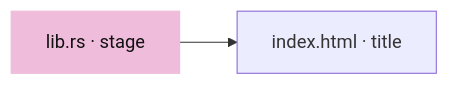
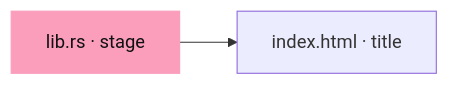
Before and after one commit to petrasvestartas/session: the fifth of 5 diagrams in session_viewer/docs/08-trimming.md, drawn with Mermaid. The commit also changed other lines of this file and 328 other files, not shown here.

First line of the commit message:
Course: the palette you sent, and mermaid drawn like the drawings

````diff
--- a/session_viewer/docs/08-trimming.md
+++ b/session_viewer/docs/08-trimming.md
@@ -91,5 +91,5 @@
 ```mermaid
 flowchart LR
     A["lib.rs · stage"] --> B["index.html · title"]
-    style A fill:#f0bcdb,stroke:#f0bcdb,color:#111
+    style A fill:#fa9ebc,stroke:#fa9ebc,color:#111
 ```
````
